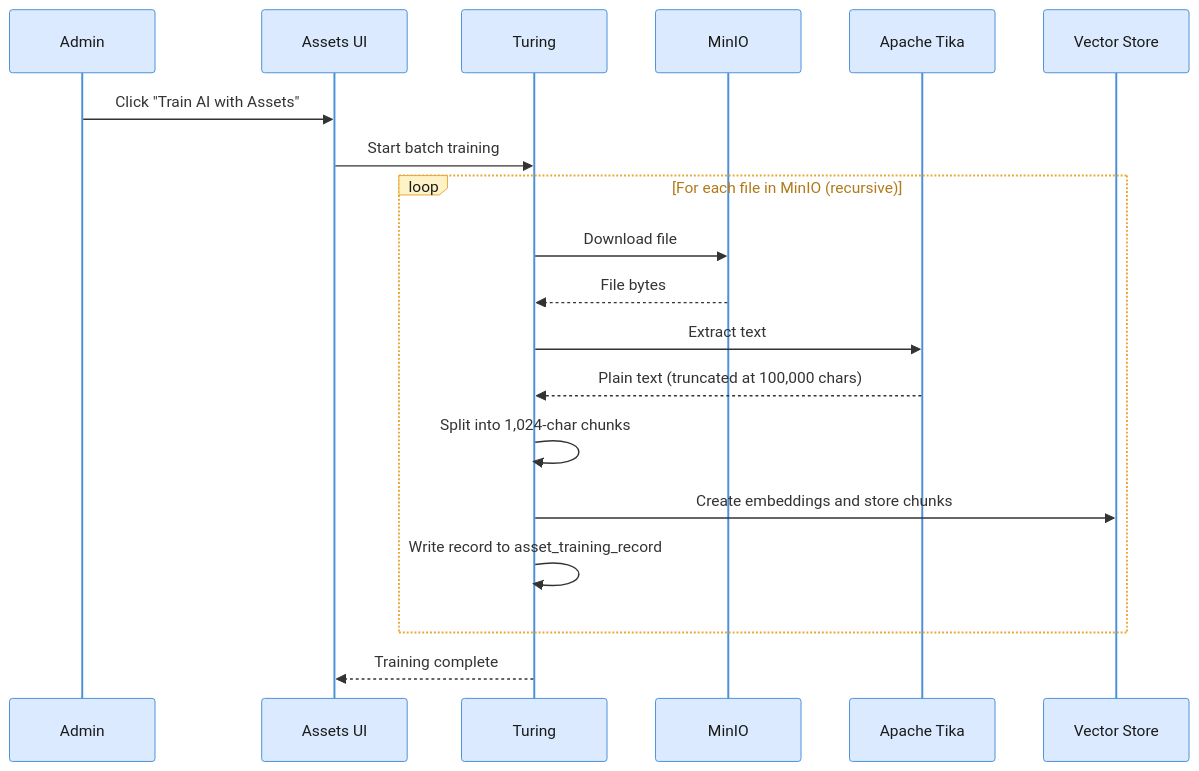
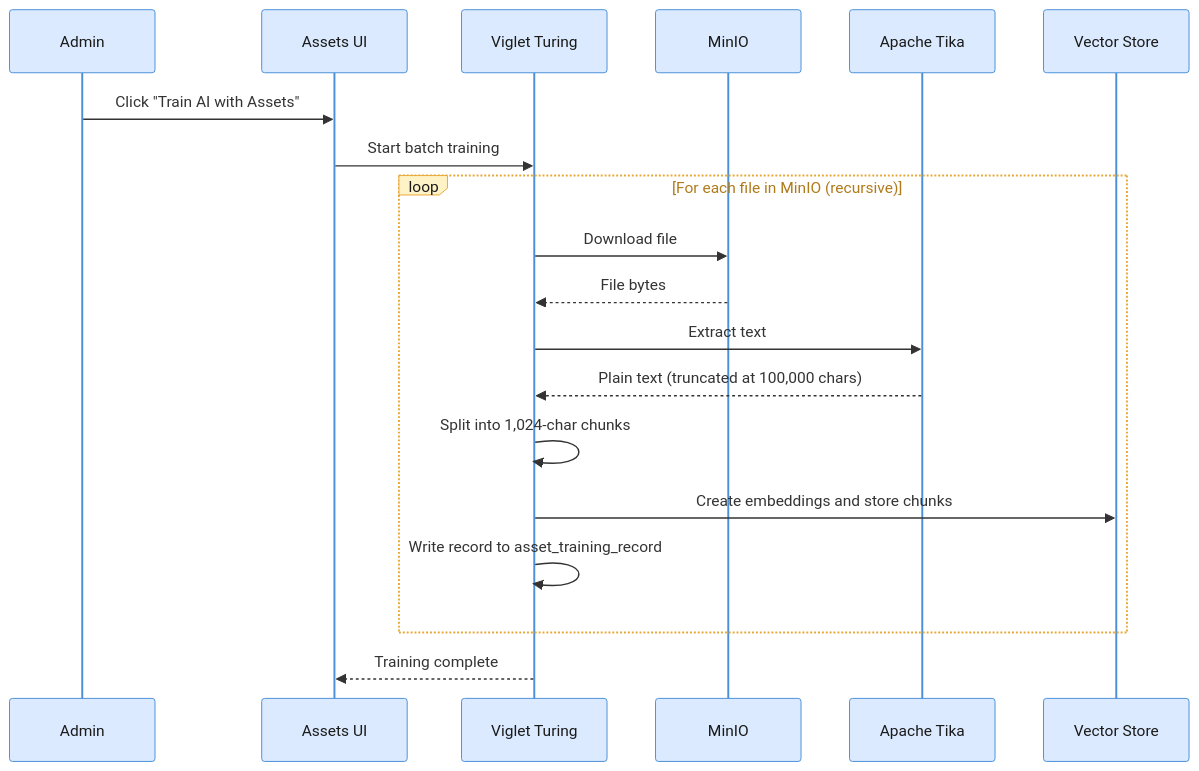
Before and after one commit to openviglet/turing: the diagram in frontend/apps/docs/src/content/docs/assets.md, drawn with Mermaid. The commit also changed other lines of this file and 69 other files, not shown here.

````diff
--- a/frontend/apps/docs/src/content/docs/assets.md
+++ b/frontend/apps/docs/src/content/docs/assets.md
@@ -132,23 +132,23 @@
 ```mermaid
 %%{init: {'theme': 'base', 'themeVariables': {'fontSize': '13px', 'actorBkg': '#dbeafe', 'actorBorder': '#4A90D9', 'actorTextColor': '#1a1a1a', 'activationBkgColor': '#ede9fe', 'activationBorderColor': '#9B6EC5', 'labelBoxBkgColor': '#fef3c7', 'labelBoxBorderColor': '#E8A838', 'labelTextColor': '#1a1a1a', 'loopTextColor': '#b07a1a', 'noteBkgColor': '#dcfce7', 'noteBorderColor': '#50B86C', 'noteTextColor': '#1a1a1a', 'signalColor': '#333', 'signalTextColor': '#333'}}}%%
 sequenceDiagram
     participant Admin
     participant UI as Assets UI
-    participant API as Turing
+    participant API as Viglet Turing
     participant MinIO
     participant Tika as Apache Tika
     participant VS as Vector Store
 
     Admin->>UI: Click "Train AI with Assets"
     UI->>API: Start batch training
     loop For each file in MinIO (recursive)
         API->>MinIO: Download file
         MinIO-->>API: File bytes
         API->>Tika: Extract text
         Tika-->>API: Plain text (truncated at 100,000 chars)
         API->>API: Split into 1,024-char chunks
         API->>VS: Create embeddings and store chunks
         API->>API: Write record to asset_training_record
     end
     API-->>UI: Training complete
 ```
````
